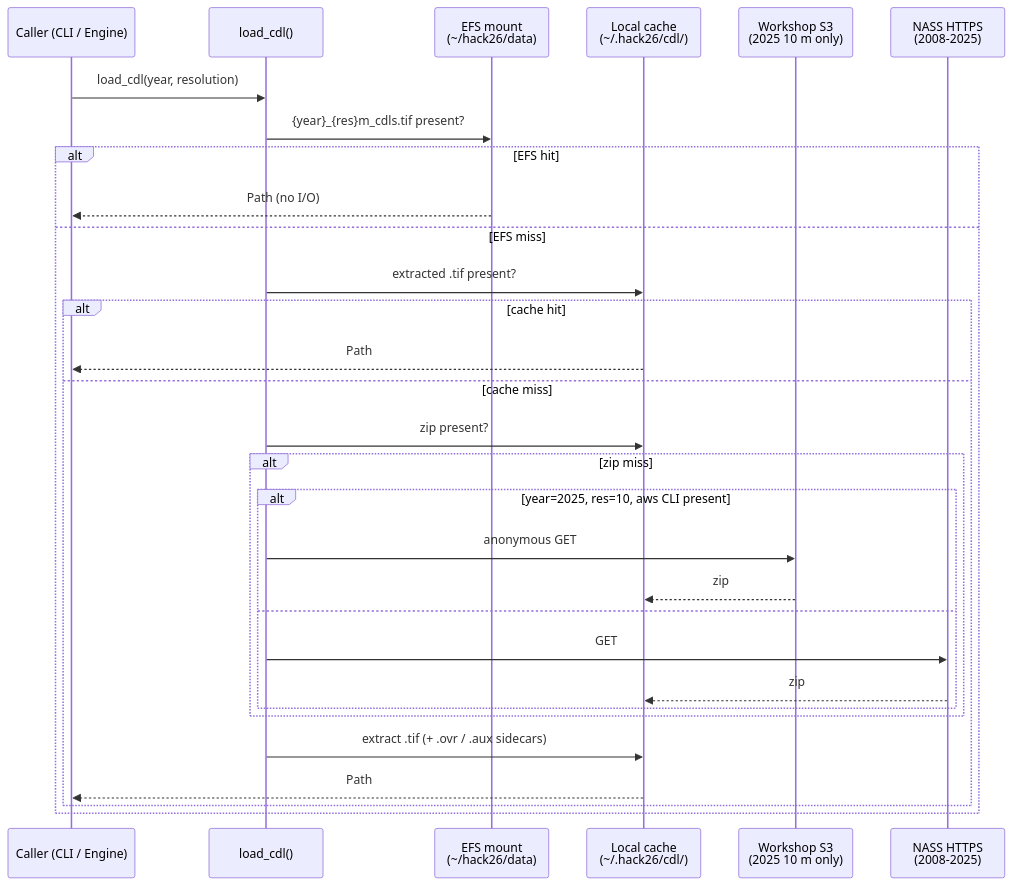
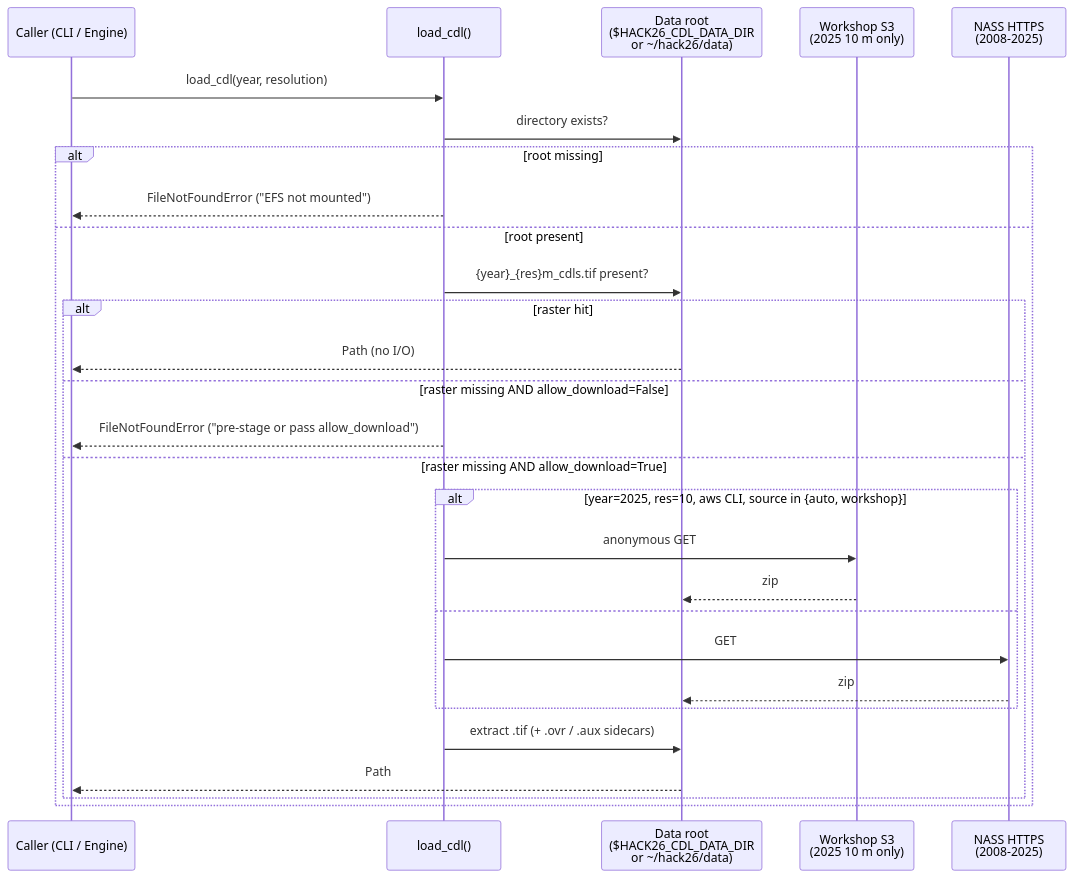
The third of 3 diagrams in software/SPEC.md (JakeAum/hack26), drawn with Mermaid before and after one commit. The commit also changed other lines of this file and 2 other files, not shown here.

Commit message:
fixed temp cache for EFS file path

````diff
--- a/software/SPEC.md
+++ b/software/SPEC.md
@@ -183,33 +182,31 @@
 ```mermaid
 sequenceDiagram
     participant Caller as Caller (CLI / Engine)
     participant CDL as load_cdl()
-    participant EFS as EFS mount<br/>(~/hack26/data)
-    participant Cache as Local cache<br/>(~/.hack26/cdl/)
+    participant Root as Data root<br/>($HACK26_CDL_DATA_DIR<br/>or ~/hack26/data)
     participant S3 as Workshop S3<br/>(2025 10 m only)
     participant NASS as NASS HTTPS<br/>(2008-2025)
 
     Caller->>CDL: load_cdl(year, resolution)
-    CDL->>EFS: {year}_{res}m_cdls.tif present?
-    alt EFS hit
-        EFS-->>Caller: Path (no I/O)
-    else EFS miss
-        CDL->>Cache: extracted .tif present?
-        alt cache hit
-            Cache-->>Caller: Path
-        else cache miss
-            CDL->>Cache: zip present?
-            alt zip miss
-                alt year=2025, res=10, aws CLI present
-                    CDL->>S3: anonymous GET
-                    S3-->>Cache: zip
-                else
-                    CDL->>NASS: GET
-                    NASS-->>Cache: zip
-                end
+    CDL->>Root: directory exists?
+    alt root missing
+        CDL-->>Caller: FileNotFoundError ("EFS not mounted")
+    else root present
+        CDL->>Root: {year}_{res}m_cdls.tif present?
+        alt raster hit
+            Root-->>Caller: Path (no I/O)
+        else raster missing AND allow_download=False
+            CDL-->>Caller: FileNotFoundError ("pre-stage or pass allow_download")
+        else raster missing AND allow_download=True
+            alt year=2025, res=10, aws CLI, source in {auto, workshop}
+                CDL->>S3: anonymous GET
+                S3-->>Root: zip
+            else
+                CDL->>NASS: GET
+                NASS-->>Root: zip
             end
-            CDL->>Cache: extract .tif (+ .ovr / .aux sidecars)
-            Cache-->>Caller: Path
+            CDL->>Root: extract .tif (+ .ovr / .aux sidecars)
+            Root-->>Caller: Path
         end
     end
 ```
````
